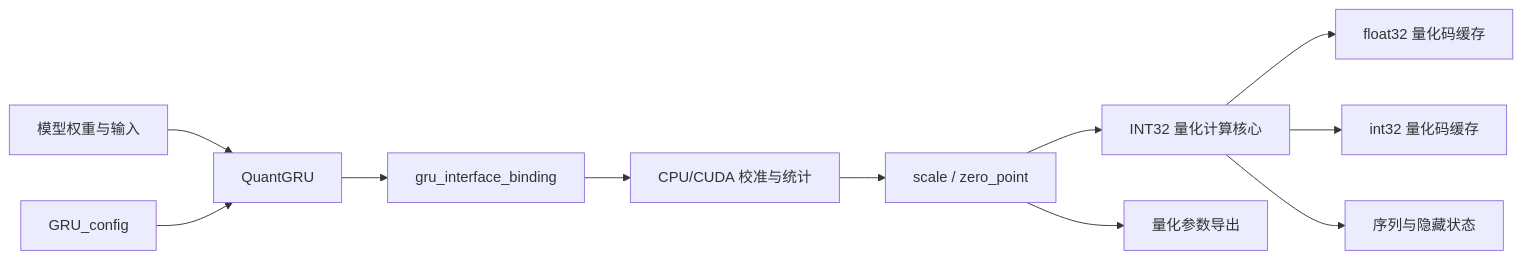
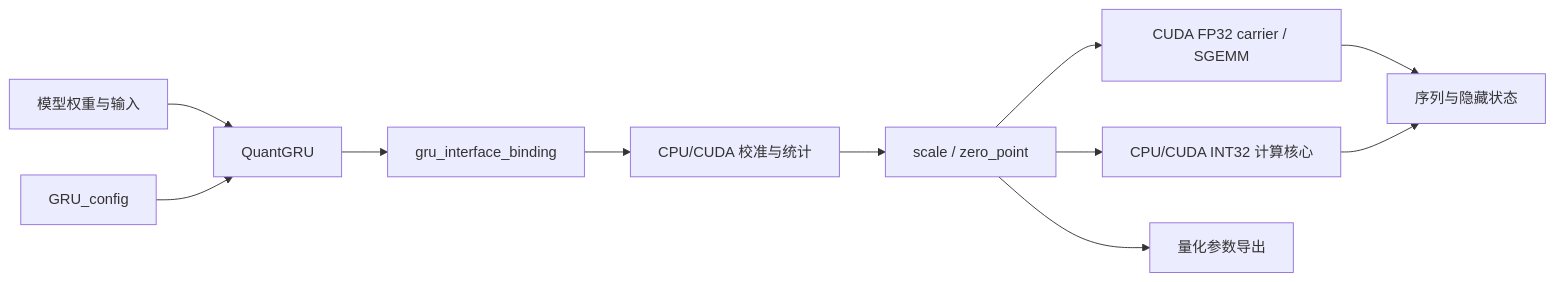
One commit to reexen-tech/rx-met changed the first of 3 diagrams in operators/quant-gru/docs/GRU量化计算流程.md. Above: the diagram before and after it, drawn with Mermaid. The commit also changed other lines of this file and 24 other files, not shown here.

````diff
--- a/operators/quant-gru/docs/GRU量化计算流程.md
+++ b/operators/quant-gru/docs/GRU量化计算流程.md
@@ -10,13 +10,13 @@
 ```mermaid
 flowchart LR
     Input["模型权重与输入"] --> Python["QuantGRU"]
     Config["GRU_config"] --> Python
     Python --> Binding["gru_interface_binding"]
     Binding --> Collect["CPU/CUDA 校准与统计"]
     Collect --> Params["scale / zero_point"]
-    Params --> Integer["INT32 量化计算核心"]
+    Params --> Float["CUDA FP32 carrier / SGEMM"]
+    Params --> Integer["CPU/CUDA INT32 计算核心"]
     Params --> Export["量化参数导出"]
-    Integer --> FloatCache["float32 量化码缓存"]
-    Integer --> IntCache["int32 量化码缓存"]
+    Float --> Output["序列与隐藏状态"]
     Integer --> Output["序列与隐藏状态"]
 ```
````
